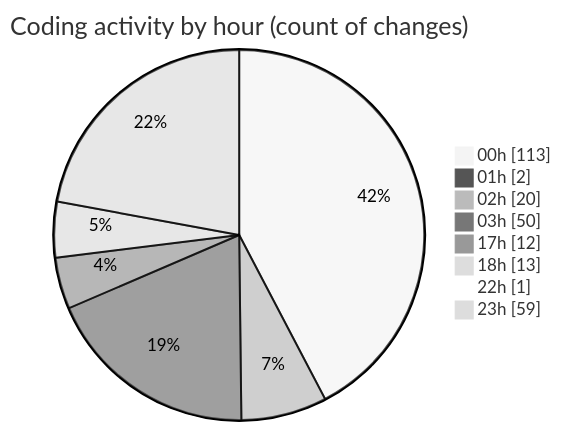
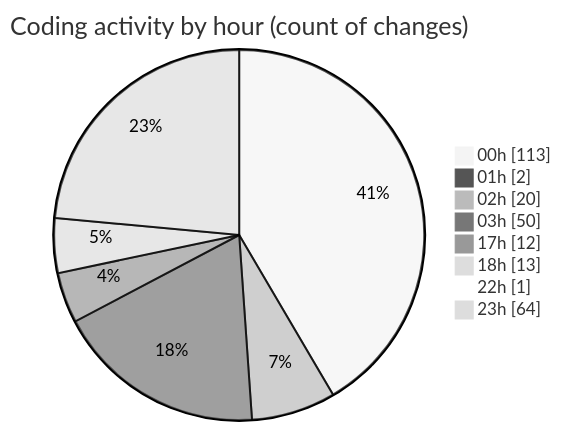
The second of 2 diagrams in 2025-08-06/napxuvn/README.md (lephambinh05/code-tracking), drawn with Mermaid (neutral theme) before and after one commit. The commit also changed other lines of this file and 1 other file, not shown here.

````diff
--- a/2025-08-06/napxuvn/README.md
+++ b/2025-08-06/napxuvn/README.md
@@ -140,12 +142,12 @@
 ```mermaid
 pie showData
 title Coding activity by hour (count of changes)
 "00h" : 113
 "01h" : 2
 "02h" : 20
 "03h" : 50
 "17h" : 12
 "18h" : 13
 "22h" : 1
-"23h" : 59
+"23h" : 64
 ```
````
